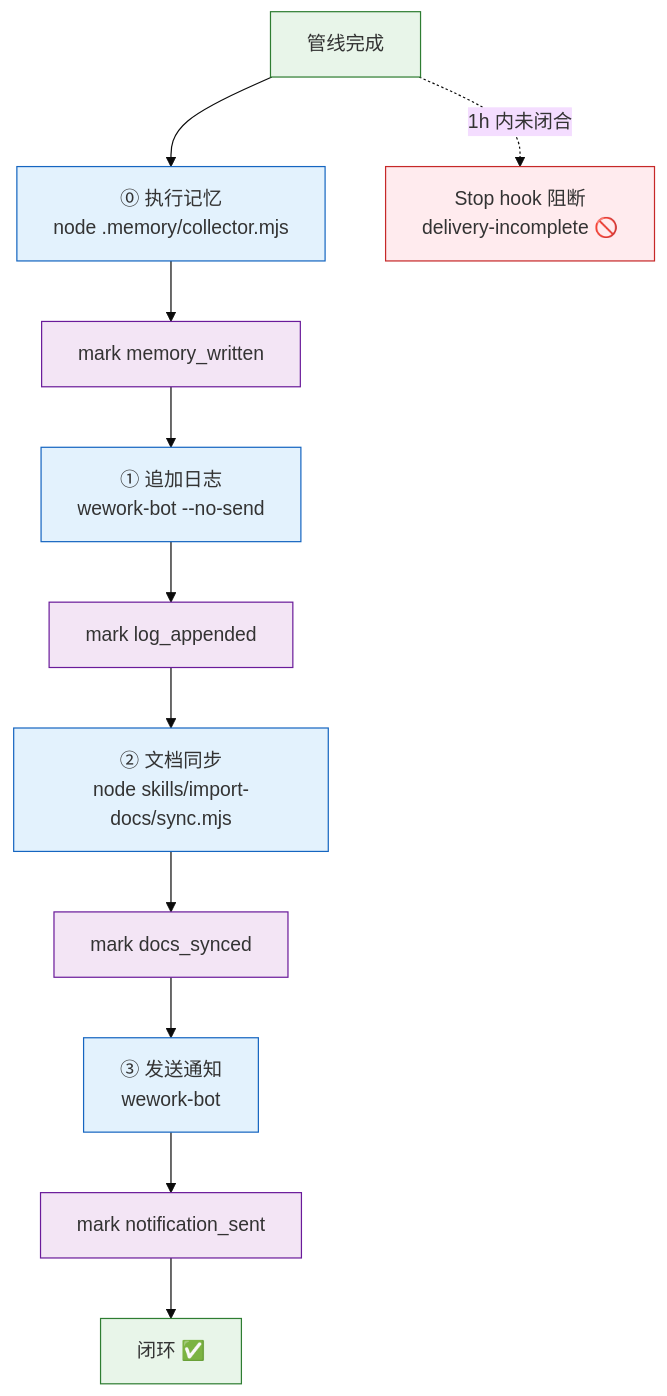
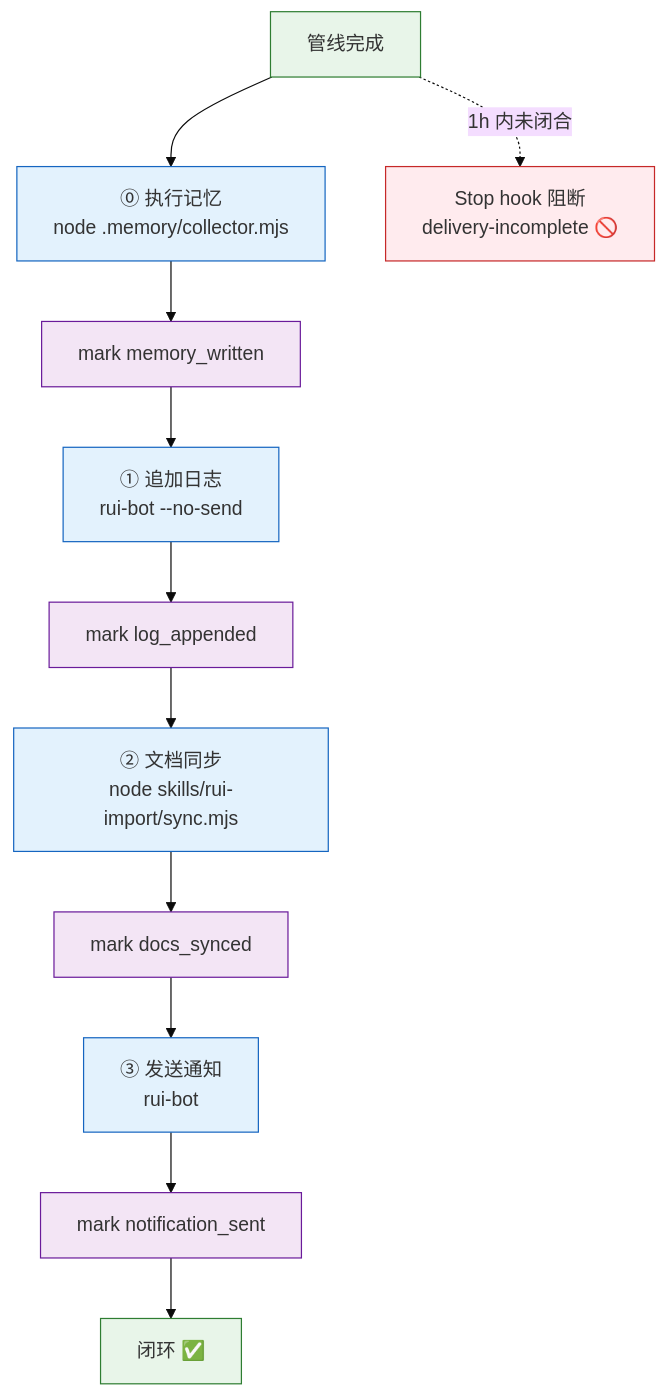
The first of 10 diagrams in rules/delivery-gate.md (effiy/YrY), drawn with Mermaid (base theme) before and after one commit. The commit also changed other lines of this file and 41 other files, not shown here.

````diff
--- a/rules/delivery-gate.md
+++ b/rules/delivery-gate.md
@@ -31,20 +31,20 @@
 ```mermaid
 flowchart TB
     DONE["管线完成"]:::src --> S0["⓪ 执行记忆<br/>node .memory/collector.mjs"]:::step
     S0 --> M0["mark memory_written"]:::mark
-    M0 --> S1["① 追加日志<br/>wework-bot --no-send"]:::step
+    M0 --> S1["① 追加日志<br/>rui-bot --no-send"]:::step
     S1 --> M1["mark log_appended"]:::mark
-    M1 --> S2["② 文档同步<br/>node skills/import-docs/sync.mjs"]:::step
+    M1 --> S2["② 文档同步<br/>node skills/rui-import/sync.mjs"]:::step
     S2 --> M2["mark docs_synced"]:::mark
-    M2 --> S3["③ 发送通知<br/>wework-bot"]:::step
+    M2 --> S3["③ 发送通知<br/>rui-bot"]:::step
     S3 --> M3["mark notification_sent"]:::mark
     M3 --> CLOSED["闭环 ✅"]:::done
 
     DONE -.->|"1h 内未闭合"| STOP["Stop hook 阻断<br/>delivery-incomplete 🚫"]:::block
 
     classDef src fill:#e8f5e9,stroke:#2e7d32;
     classDef step fill:#e3f2fd,stroke:#1565c0;
     classDef mark fill:#f3e5f5,stroke:#6a1b9a;
     classDef done fill:#e8f5e9,stroke:#2e7d32;
     classDef block fill:#ffebee,stroke:#c62828;
 ```
````
